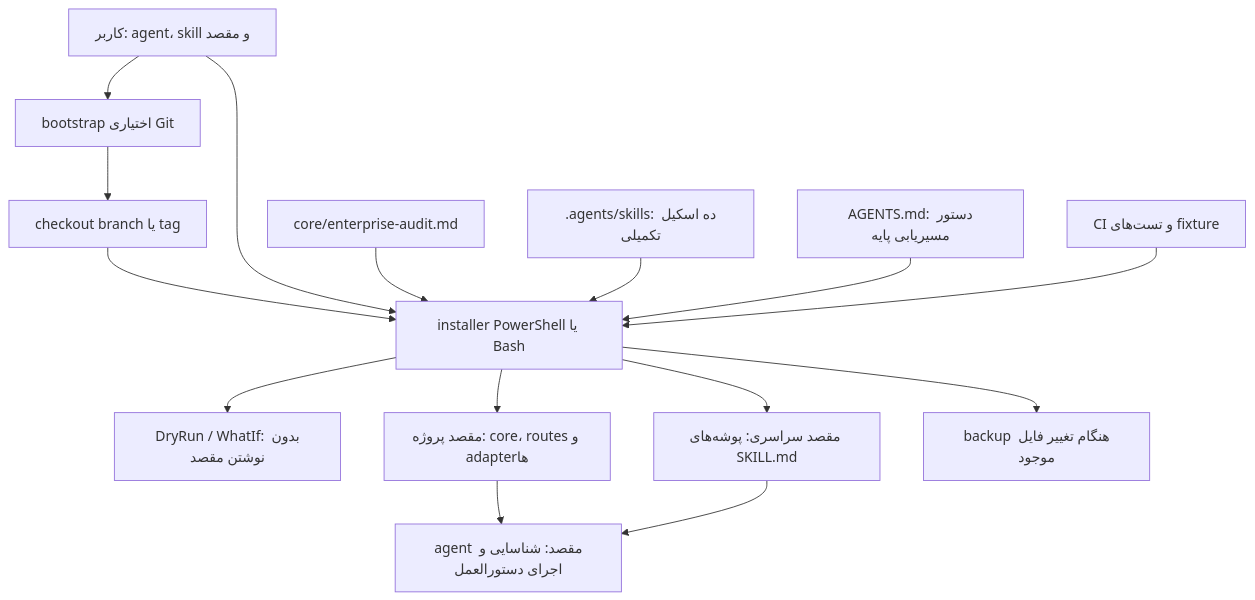
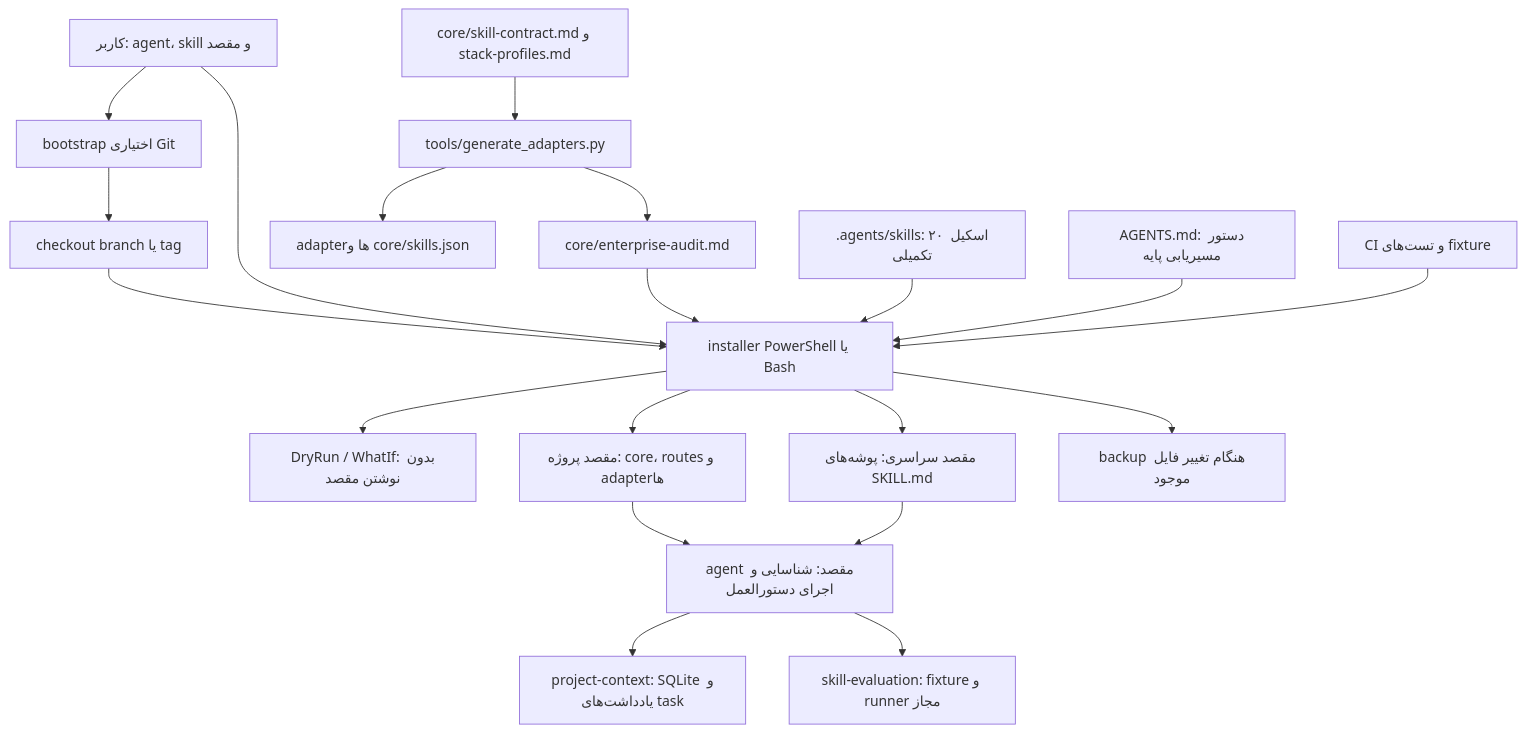
The first of 3 diagrams in docs/architecture.md (taimazus/universal-ai-audit), drawn with Mermaid before and after one commit. The commit also changed other lines of this file and 111 other files, not shown here.

Commit message:
feat: expand skill suite with durable context and verified tooling

````diff
--- a/docs/architecture.md
+++ b/docs/architecture.md
@@ -25,17 +25,22 @@
 ```mermaid
 flowchart TD
     User["کاربر: agent، skill و مقصد"] --> Bootstrap["bootstrap اختیاری Git"]
     Bootstrap --> Checkout["checkout branch یا tag"]
     Checkout --> Installer["installer PowerShell یا Bash"]
     User --> Installer
-    Core["core/enterprise-audit.md"] --> Installer
-    Skills[".agents/skills: ده اسکیل تکمیلی"] --> Installer
+    Contract["core/skill-contract.md و stack-profiles.md"] --> Generator["tools/generate_adapters.py"]
+    Generator --> Core["core/enterprise-audit.md"]
+    Generator --> Adapters["adapterها و core/skills.json"]
+    Core --> Installer
+    Skills[".agents/skills: ۲۰ اسکیل تکمیلی"] --> Installer
     Routes["AGENTS.md: دستور مسیریابی پایه"] --> Installer
     Installer --> Preview["DryRun / WhatIf: بدون نوشتن مقصد"]
     Installer --> Project["مقصد پروژه: core، routes و adapterها"]
     Installer --> Global["مقصد سراسری: پوشه‌های SKILL.md"]
     Installer --> Backups["backup هنگام تغییر فایل موجود"]
     Project --> Agent["agent مقصد: شناسایی و اجرای دستورالعمل"]
     Global --> Agent
+    Agent --> Memory["project-context: SQLite و یادداشت‌های task"]
+    Agent --> Evaluation["skill-evaluation: fixture و runner مجاز"]
     CI["CI و تست‌های fixture"] --> Installer
 ```
````
